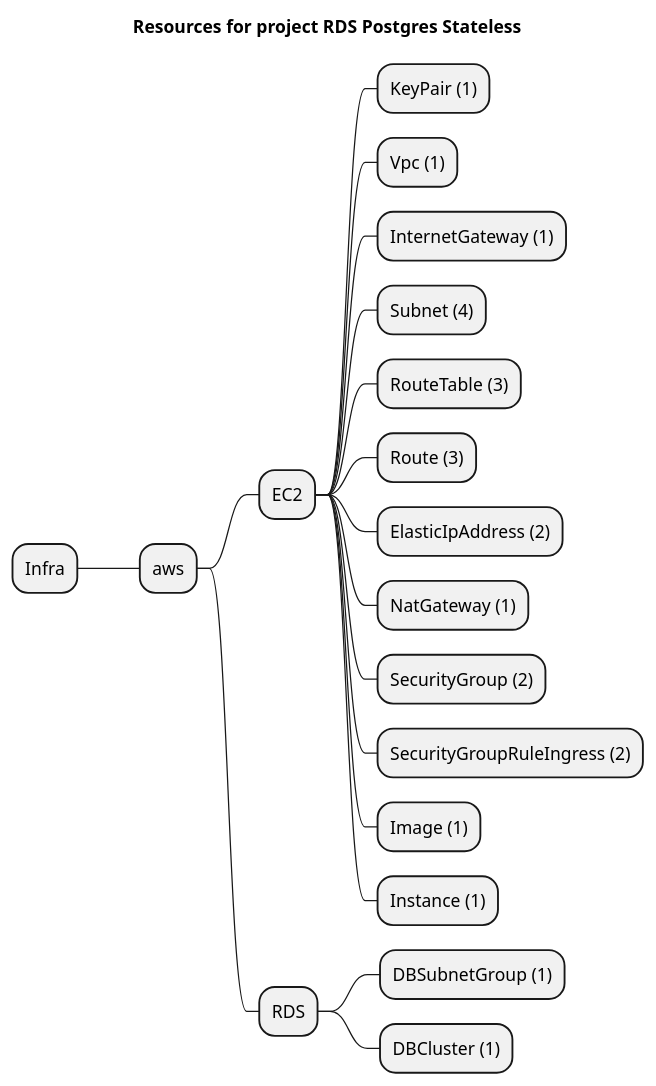
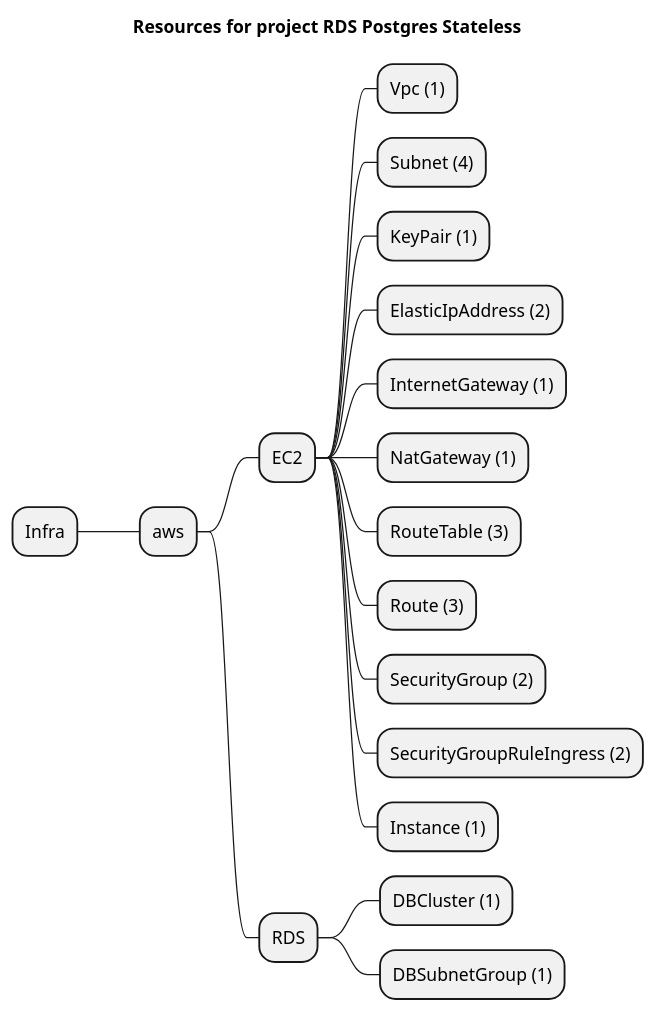
The diagram in examples/aws/rds/postgres-stateless/artifacts/resources-mindmap.puml (grucloud/grucloud), drawn with PlantUML before and after one commit. The commit also changed 288 other files, not shown here.

```diff
--- a/examples/aws/rds/postgres-stateless/artifacts/resources-mindmap.puml
+++ b/examples/aws/rds/postgres-stateless/artifacts/resources-mindmap.puml
@@ -1,22 +1,21 @@
 @startmindmap
 title Resources for project RDS Postgres Stateless
 skinparam monochrome true
 + Infra
 ++ aws
 +++ EC2
+++++ Vpc (1)
+++++ Subnet (4)
 ++++ KeyPair (1)
-++++ Vpc (1)
+++++ ElasticIpAddress (2)
 ++++ InternetGateway (1)
-++++ Subnet (4)
+++++ NatGateway (1)
 ++++ RouteTable (3)
 ++++ Route (3)
-++++ ElasticIpAddress (2)
-++++ NatGateway (1)
 ++++ SecurityGroup (2)
 ++++ SecurityGroupRuleIngress (2)
-++++ Image (1)
 ++++ Instance (1)
 +++ RDS
+++++ DBCluster (1)
 ++++ DBSubnetGroup (1)
-++++ DBCluster (1)
 @endmindmap
```
